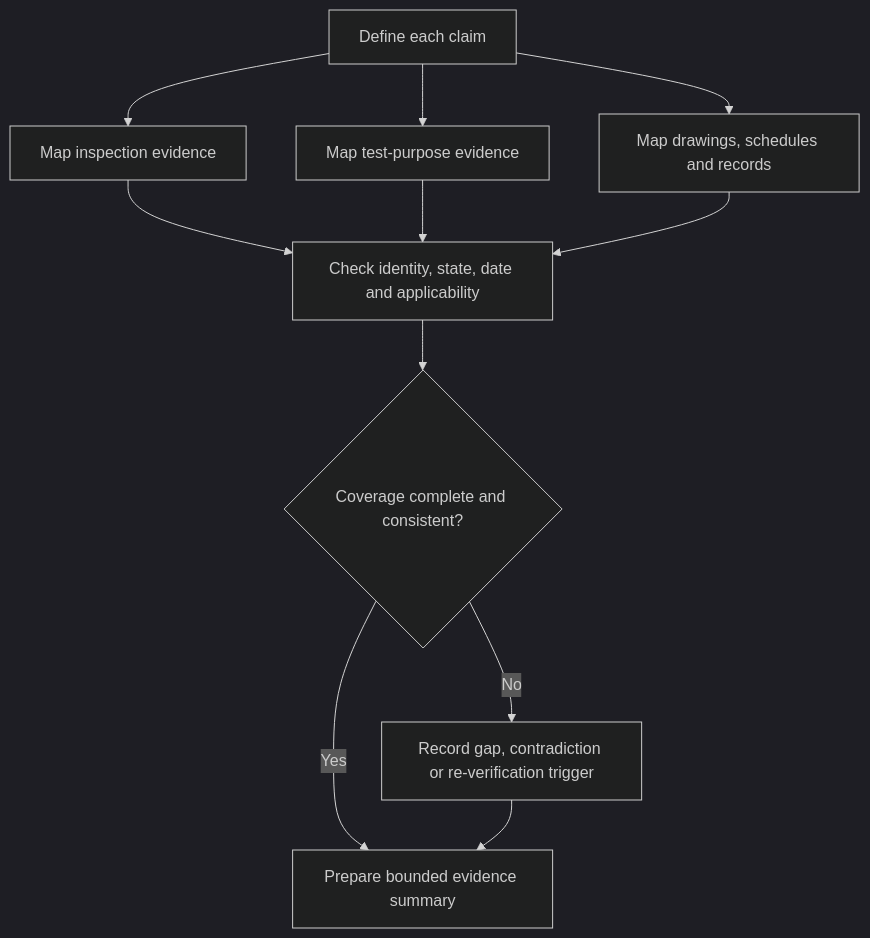
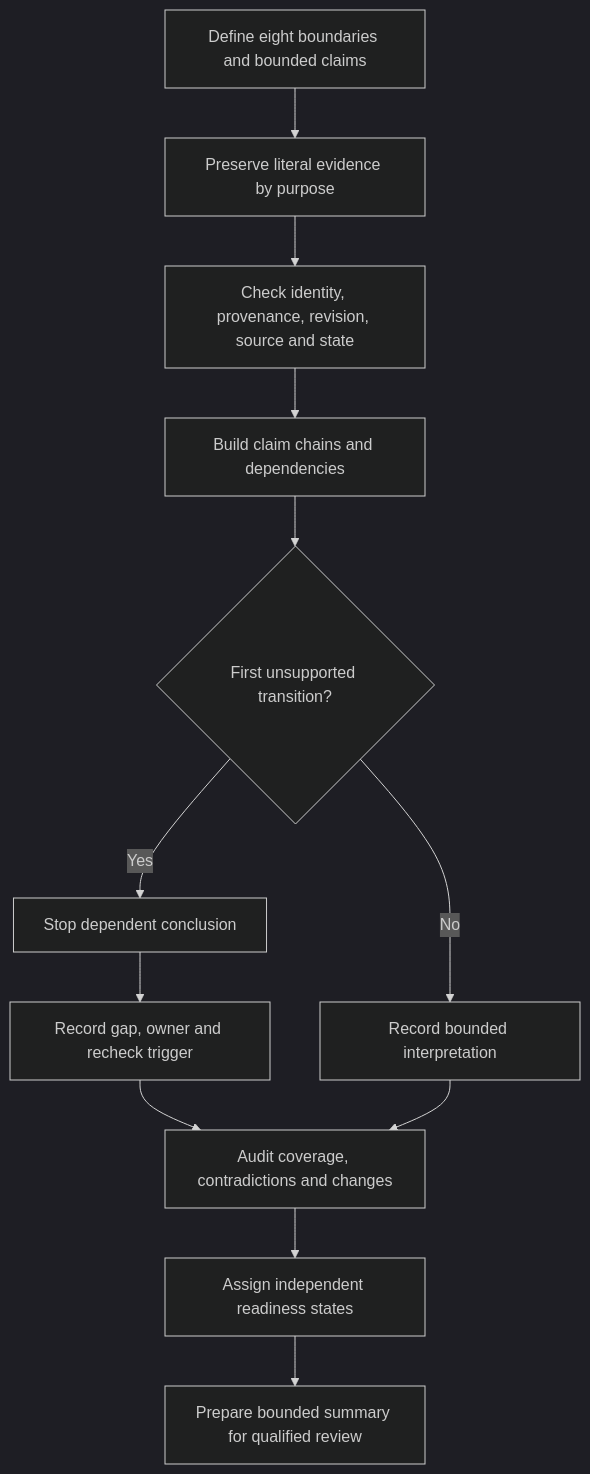
Before and after one commit to andrew3stedall/capstone: the first of 2 diagrams in docs/learning-plans/12-week/modules/day-73-inspection-testing-and-documentation-integration.md, drawn with Mermaid (dark theme). The commit also changed other lines of this file and 3 other files, not shown here.

````diff
--- a/docs/learning-plans/12-week/modules/day-73-inspection-testing-and-documentation-integration.md
+++ b/docs/learning-plans/12-week/modules/day-73-inspection-testing-and-documentation-integration.md
@@ -73,13 +98,14 @@
 ```mermaid
 flowchart TD
-  A[Define each claim] --> B[Map inspection evidence]
-  A --> C[Map test-purpose evidence]
-  A --> D[Map drawings, schedules and records]
-  B --> E[Check identity, state, date and applicability]
-  C --> E
-  D --> E
-  E --> F{Coverage complete and consistent?}
-  F -->|No| G[Record gap, contradiction or re-verification trigger]
-  F -->|Yes| H[Prepare bounded evidence summary]
-  G --> H
+  A[Define eight boundaries and bounded claims] --> B[Preserve literal evidence by purpose]
+  B --> C[Check identity, provenance, revision, source and state]
+  C --> D[Build claim chains and dependencies]
+  D --> E{First unsupported transition?}
+  E -->|Yes| F[Stop dependent conclusion]
+  F --> G[Record gap, owner and recheck trigger]
+  E -->|No| H[Record bounded interpretation]
+  G --> I[Audit coverage, contradictions and changes]
+  H --> I
+  I --> J[Assign independent readiness states]
+  J --> K[Prepare bounded summary for qualified review]
 ```
````
